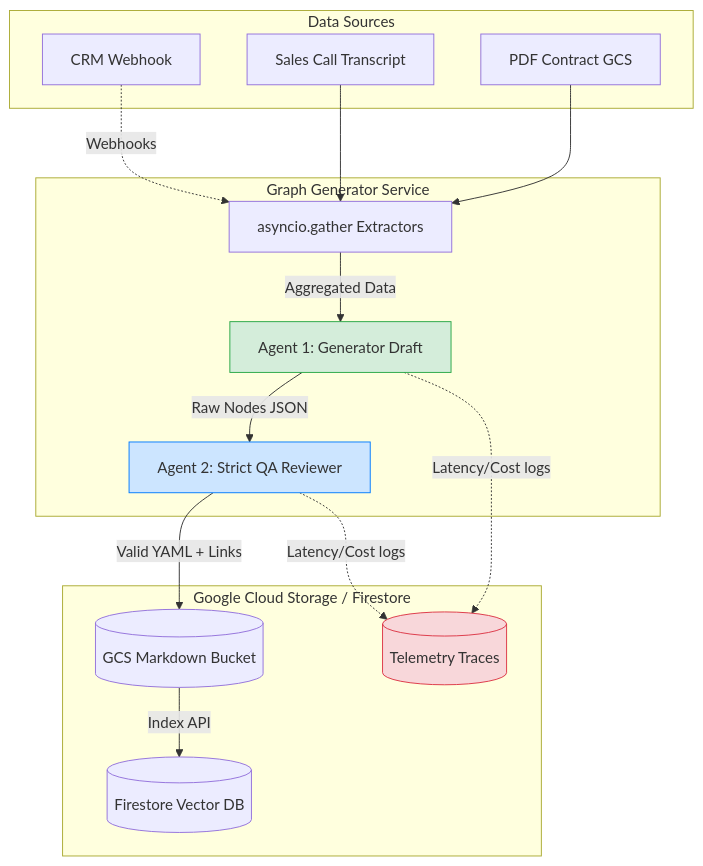
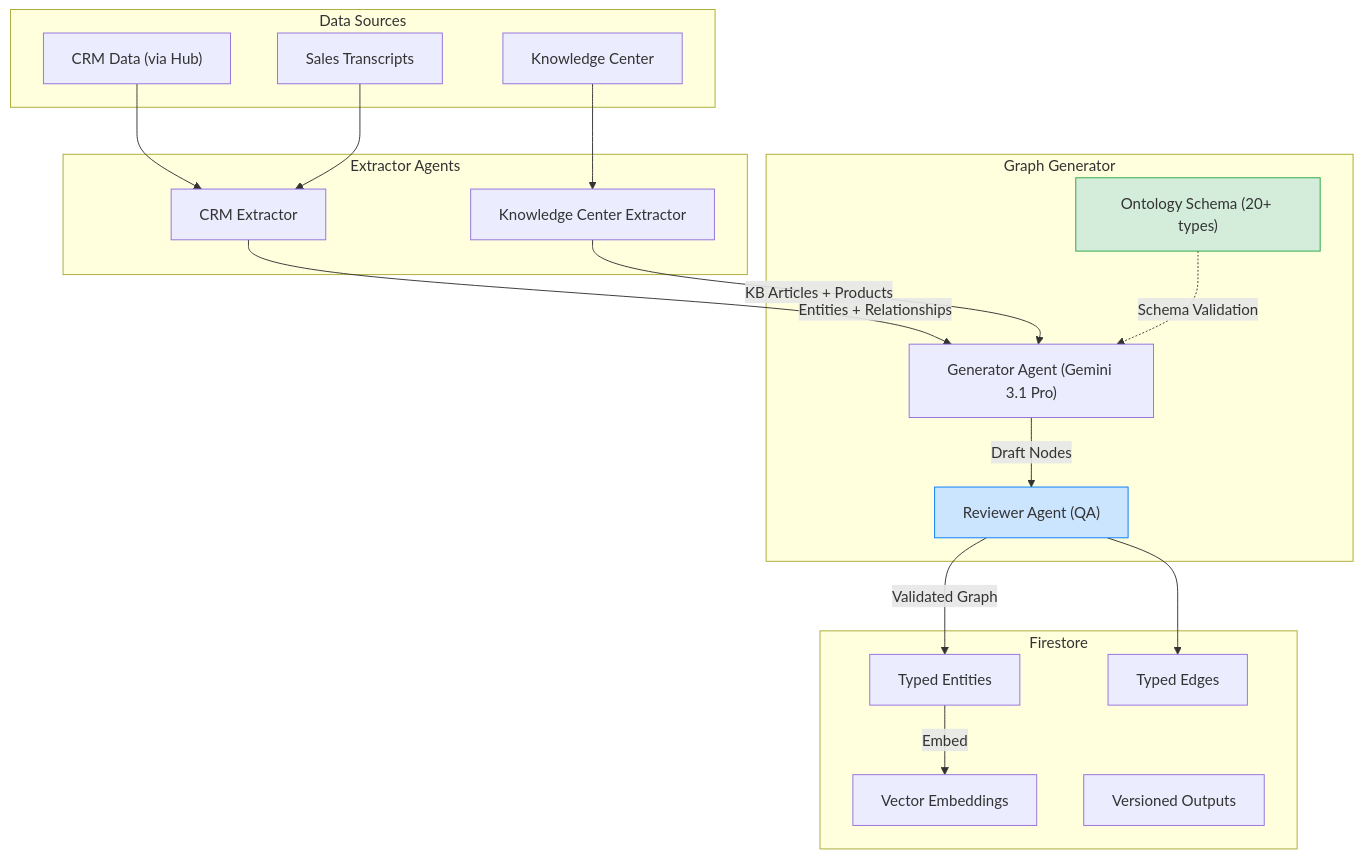
The third of 3 diagrams in docs/ARCHITECTURE.md (aroucadi/handoff_agent), drawn with Mermaid before and after one commit. The commit also changed other lines of this file and 9 other files, not shown here.

Commit message:
docs: Comprehensive overhaul for v2.5 platform (Hub, KC, Graph)

````diff
--- a/docs/ARCHITECTURE.md
+++ b/docs/ARCHITECTURE.md
@@ -56,36 +111,40 @@
 ```mermaid
 graph TD
-    subgraph Data Sources
-        CRM[CRM Webhook]
-        Transcript[Sales Call Transcript]
-        Contract[PDF Contract GCS]
+    subgraph Sources ["Data Sources"]
+        CRM["CRM Data (via Hub)"]
+        KC["Knowledge Center"]
+        TR["Sales Transcripts"]
     end
 
-    subgraph Generator Team [Graph Generator Service]
-        ETL[asyncio.gather Extractors]
-        Gen[Agent 1: Generator Draft]
-        Rev[Agent 2: Strict QA Reviewer]
+    subgraph Extractors ["Extractor Agents"]
+        CE["CRM Extractor"]
+        KCE["Knowledge Center Extractor"]
     end
 
-    subgraph Storage [Google Cloud Storage / Firestore]
-        GCS[(GCS Markdown Bucket)]
-        DB[(Firestore Vector DB)]
-        Trace[(Telemetry Traces)]
+    subgraph Generator ["Graph Generator"]
+        ONT["Ontology Schema (20+ types)"]
+        GEN["Generator Agent (Gemini 3.1 Pro)"]
+        REV["Reviewer Agent (QA)"]
     end
 
-    CRM -.->|Webhooks| ETL
-    Transcript --> ETL
-    Contract --> ETL
+    subgraph Storage ["Firestore"]
+        ENT["Typed Entities"]
+        EDG["Typed Edges"]
+        VEC["Vector Embeddings"]
+        OUT["Versioned Outputs"]
+    end
+
+    CRM --> CE
+    KC --> KCE
+    TR --> CE
+    CE -->|Entities + Relationships| GEN
+    KCE -->|KB Articles + Products| GEN
+    ONT -.->|Schema Validation| GEN
+    GEN -->|Draft Nodes| REV
+    REV -->|Validated Graph| ENT
+    REV --> EDG
+    ENT -->|Embed| VEC
     
-    ETL -->|Aggregated Data| Gen
-    Gen -->|Raw Nodes JSON| Rev
-    Rev -->|Valid YAML + Links| GCS
-    
-    GCS -->|Index API| DB
-    Gen -.->|Latency/Cost logs| Trace
-    Rev -.->|Latency/Cost logs| Trace
-    
-    style Gen fill:#d4edda,stroke:#28a745
-    style Rev fill:#cce5ff,stroke:#007bff
-    style Trace fill:#f8d7da,stroke:#dc3545
+    style ONT fill:#d4edda,stroke:#28a745
+    style REV fill:#cce5ff,stroke:#007bff
 ```
````
